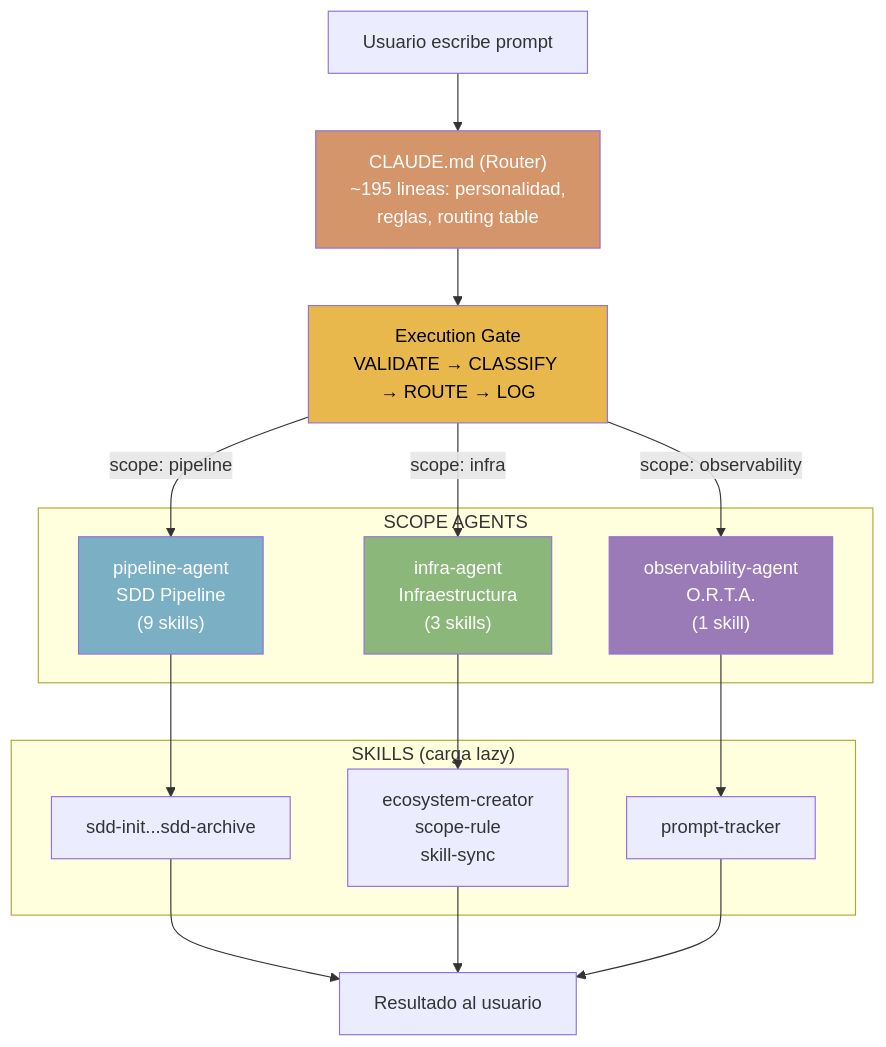
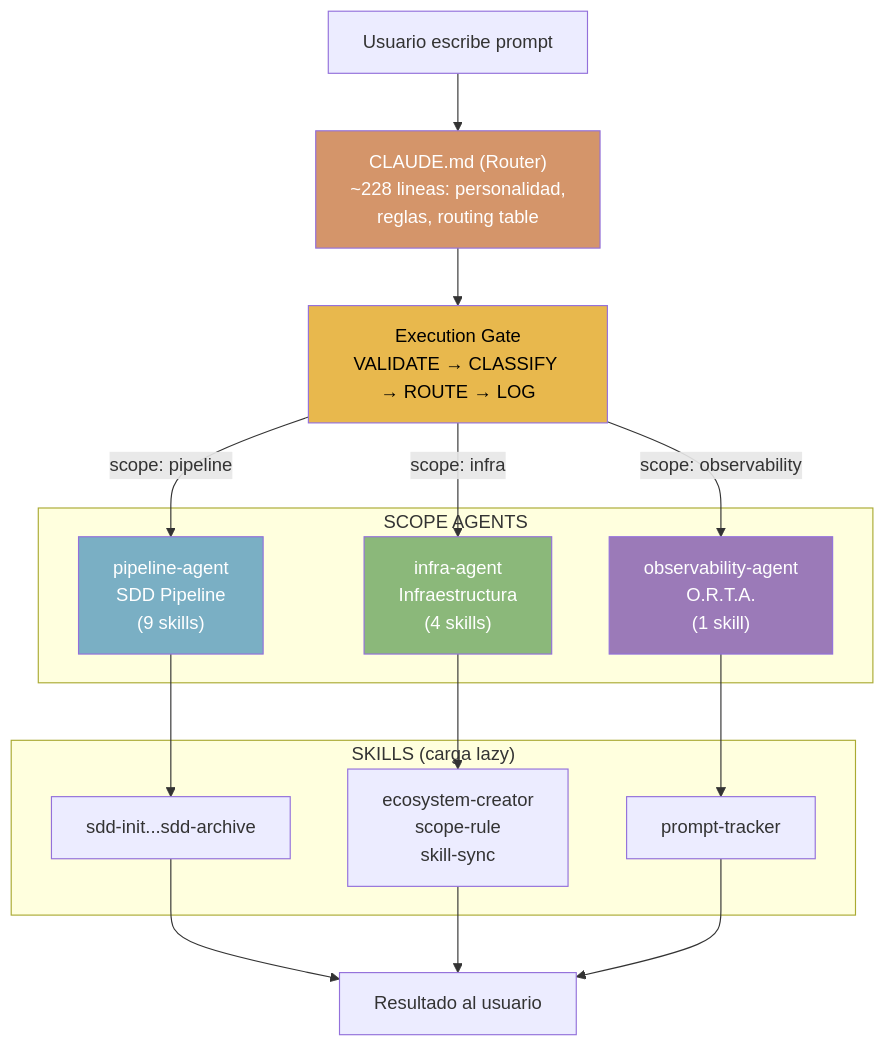
The second of 12 diagrams in about/arquitectura-diagrama.md (jota-batuta/batuta-dots), drawn with Mermaid before and after one commit. The commit also changed other lines of this file and 21 other files, not shown here.

````diff
--- a/about/arquitectura-diagrama.md
+++ b/about/arquitectura-diagrama.md
@@ -61,37 +61,37 @@
 ```mermaid
 flowchart TD
     USER["Usuario escribe prompt"]
     GATE["Execution Gate<br/>VALIDATE → CLASSIFY → ROUTE → LOG"]
-    ROUTER["CLAUDE.md (Router)<br/>~195 lineas: personalidad,<br/>reglas, routing table"]
+    ROUTER["CLAUDE.md (Router)<br/>~228 lineas: personalidad,<br/>reglas, routing table"]
 
     subgraph AGENTS["SCOPE AGENTS"]
         PIPELINE["pipeline-agent<br/>SDD Pipeline<br/>(9 skills)"]
-        INFRA["infra-agent<br/>Infraestructura<br/>(3 skills)"]
+        INFRA["infra-agent<br/>Infraestructura<br/>(4 skills)"]
         OBS["observability-agent<br/>O.R.T.A.<br/>(1 skill)"]
     end
 
     subgraph SKILLS["SKILLS (carga lazy)"]
         SDD["sdd-init...sdd-archive"]
         ECO["ecosystem-creator<br/>scope-rule<br/>skill-sync"]
         PROMPT["prompt-tracker"]
     end
 
     RESULT["Resultado al usuario"]
 
     USER --> ROUTER --> GATE
     GATE -->|"scope: pipeline"| PIPELINE
     GATE -->|"scope: infra"| INFRA
     GATE -->|"scope: observability"| OBS
     PIPELINE --> SDD
     INFRA --> ECO
     OBS --> PROMPT
     SDD --> RESULT
     ECO --> RESULT
     PROMPT --> RESULT
 
     style ROUTER fill:#D4956A,color:#fff
     style GATE fill:#E8B84D,color:#000
     style PIPELINE fill:#7AAFC4,color:#fff
     style INFRA fill:#8BB87A,color:#fff
     style OBS fill:#9B7AB8,color:#fff
 ```
````
